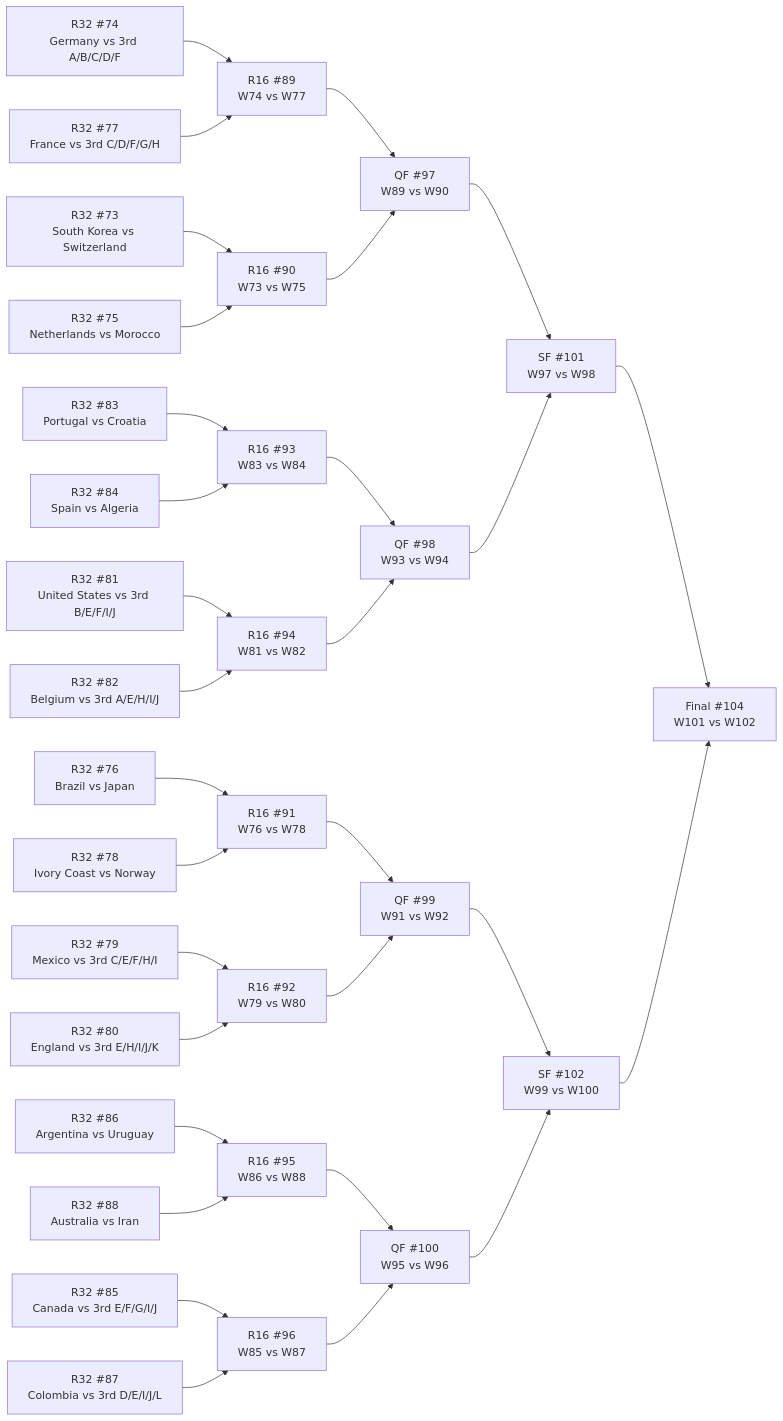
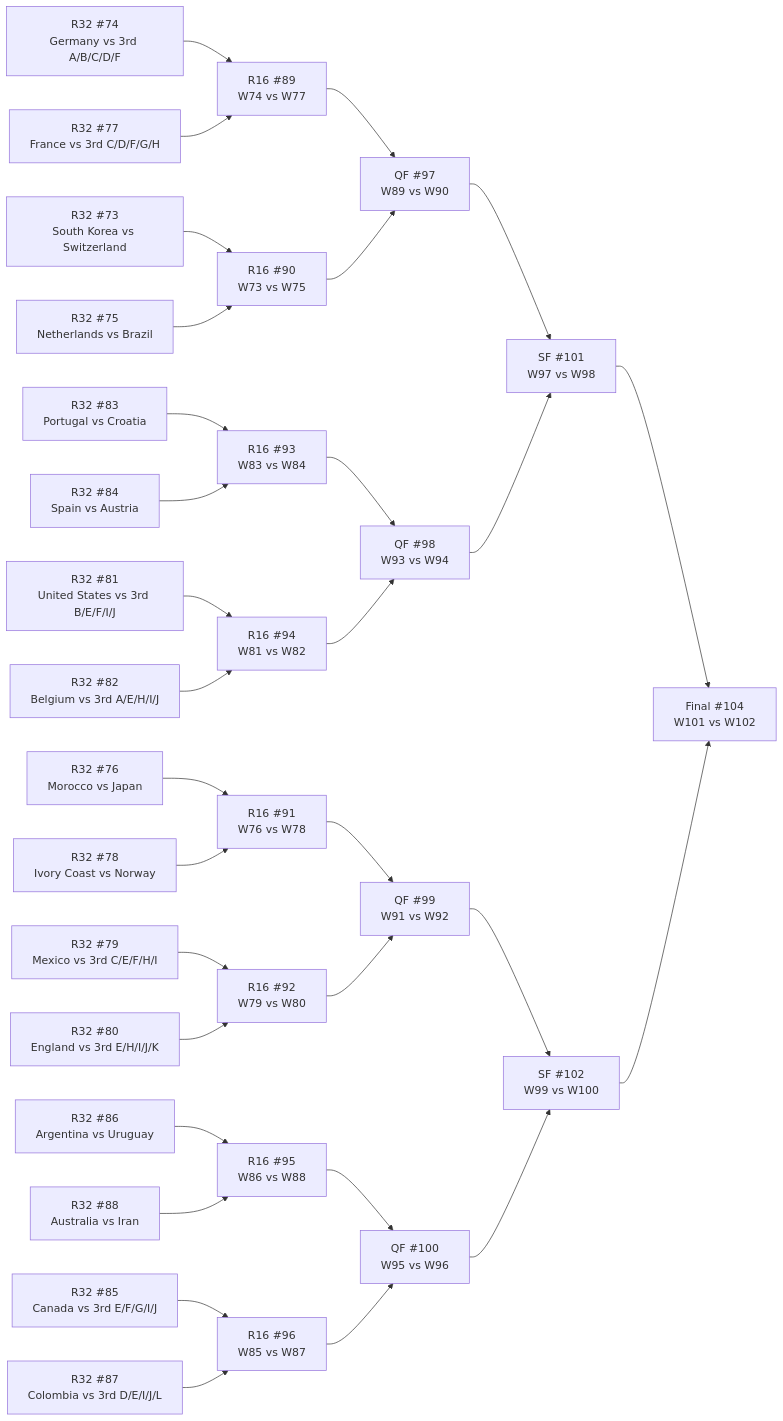
One commit to Tutai-Tran/WC-2026-predictor changed the diagram in WC vault/_bracket.md. Above: the diagram before and after it, drawn with Mermaid. The commit also changed 85 other files, not shown here.

````diff
--- a/WC vault/_bracket.md
+++ b/WC vault/_bracket.md
@@ -11,64 +11,64 @@
 ```mermaid
 flowchart LR
   M73["R32 #73<br>South Korea vs Switzerland"]
   M74["R32 #74<br>Germany vs 3rd A/B/C/D/F"]
-  M75["R32 #75<br>Netherlands vs Morocco"]
-  M76["R32 #76<br>Brazil vs Japan"]
+  M75["R32 #75<br>Netherlands vs Brazil"]
+  M76["R32 #76<br>Morocco vs Japan"]
   M77["R32 #77<br>France vs 3rd C/D/F/G/H"]
   M78["R32 #78<br>Ivory Coast vs Norway"]
   M79["R32 #79<br>Mexico vs 3rd C/E/F/H/I"]
   M80["R32 #80<br>England vs 3rd E/H/I/J/K"]
   M81["R32 #81<br>United States vs 3rd B/E/F/I/J"]
   M82["R32 #82<br>Belgium vs 3rd A/E/H/I/J"]
   M83["R32 #83<br>Portugal vs Croatia"]
-  M84["R32 #84<br>Spain vs Algeria"]
+  M84["R32 #84<br>Spain vs Austria"]
   M85["R32 #85<br>Canada vs 3rd E/F/G/I/J"]
   M86["R32 #86<br>Argentina vs Uruguay"]
   M87["R32 #87<br>Colombia vs 3rd D/E/I/J/L"]
   M88["R32 #88<br>Australia vs Iran"]
   M89["R16 #89<br>W74 vs W77"]
   M90["R16 #90<br>W73 vs W75"]
   M91["R16 #91<br>W76 vs W78"]
   M92["R16 #92<br>W79 vs W80"]
   M93["R16 #93<br>W83 vs W84"]
   M94["R16 #94<br>W81 vs W82"]
   M95["R16 #95<br>W86 vs W88"]
   M96["R16 #96<br>W85 vs W87"]
   M97["QF #97<br>W89 vs W90"]
   M98["QF #98<br>W93 vs W94"]
   M99["QF #99<br>W91 vs W92"]
   M100["QF #100<br>W95 vs W96"]
   M101["SF #101<br>W97 vs W98"]
   M102["SF #102<br>W99 vs W100"]
   M104["Final #104<br>W101 vs W102"]
   M74 --> M89
   M77 --> M89
   M73 --> M90
   M75 --> M90
   M76 --> M91
   M78 --> M91
   M79 --> M92
   M80 --> M92
   M83 --> M93
   M84 --> M93
   M81 --> M94
   M82 --> M94
   M86 --> M95
   M88 --> M95
   M85 --> M96
   M87 --> M96
   M89 --> M97
   M90 --> M97
   M93 --> M98
   M94 --> M98
   M91 --> M99
   M92 --> M99
   M95 --> M100
   M96 --> M100
   M97 --> M101
   M98 --> M101
   M99 --> M102
   M100 --> M102
   M101 --> M104
   M102 --> M104
 ```
````
